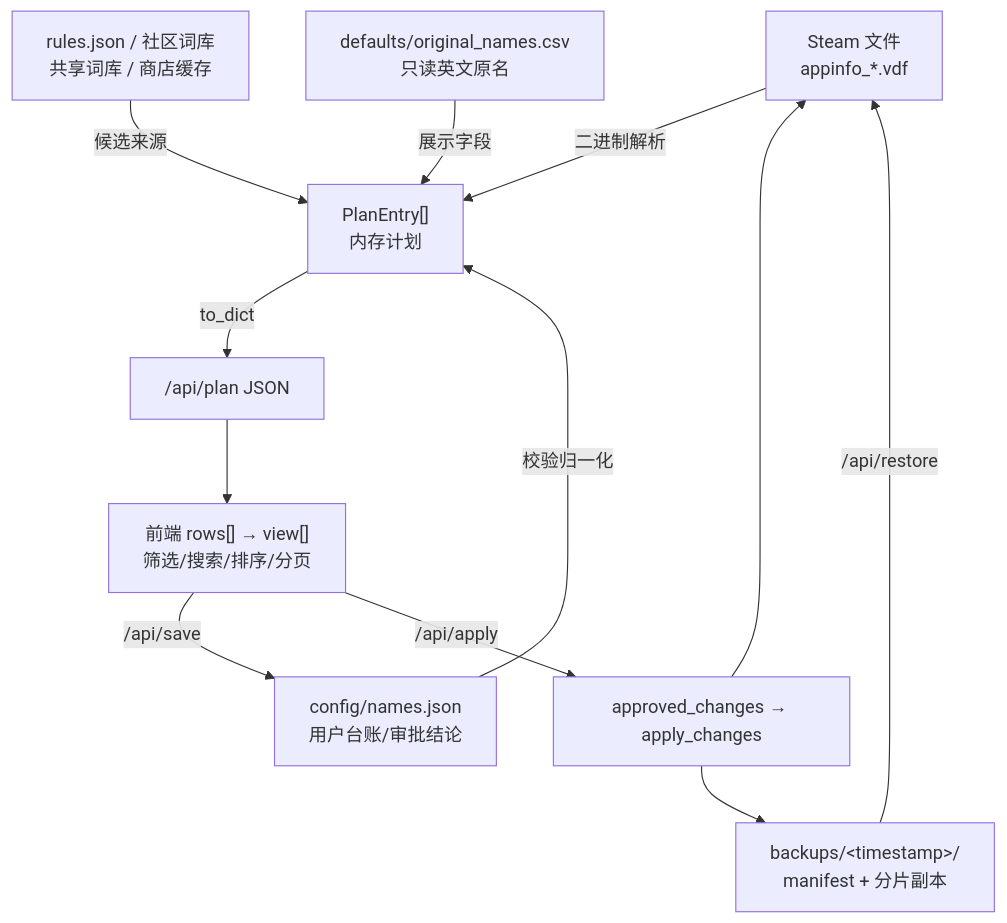
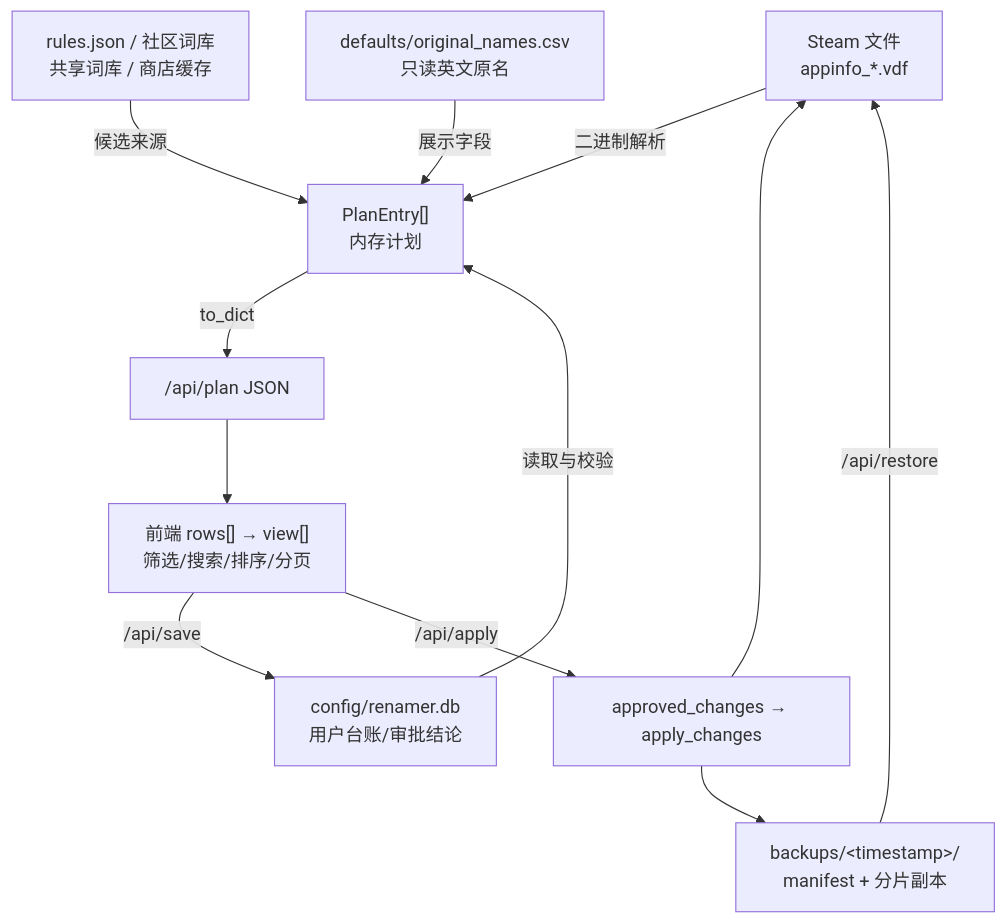
Before and after one commit to yguangjie365/SteamGameRename: the third of 5 diagrams in docs/开发者说明.md, drawn with Mermaid. The commit also changed other lines of this file and 13 other files, not shown here.

````diff
--- a/docs/开发者说明.md
+++ b/docs/开发者说明.md
@@ -222,14 +222,14 @@
 ```mermaid
 flowchart TD
     S1["Steam 文件<br/>appinfo_*.vdf"] -->|二进制解析| P["PlanEntry[]<br/>内存计划"]
-    S2["config/names.json<br/>用户台账/审批结论"] -->|校验归一化| P
+    S2["config/renamer.db<br/>用户台账/审批结论"] -->|读取与校验| P
     S3["rules.json / 社区词库<br/>共享词库 / 商店缓存"] -->|候选来源| P
     S4["defaults/original_names.csv<br/>只读英文原名"] -->|展示字段| P
     P -->|to_dict| API["/api/plan JSON"]
     API --> UI["前端 rows[] → view[]<br/>筛选/搜索/排序/分页"]
     UI -->|/api/save| S2
     UI -->|/api/apply| W["approved_changes → apply_changes"]
     W --> S1
     W --> B["backups/&lt;timestamp&gt;/<br/>manifest + 分片副本"]
     B -->|/api/restore| S1
 ```
````
